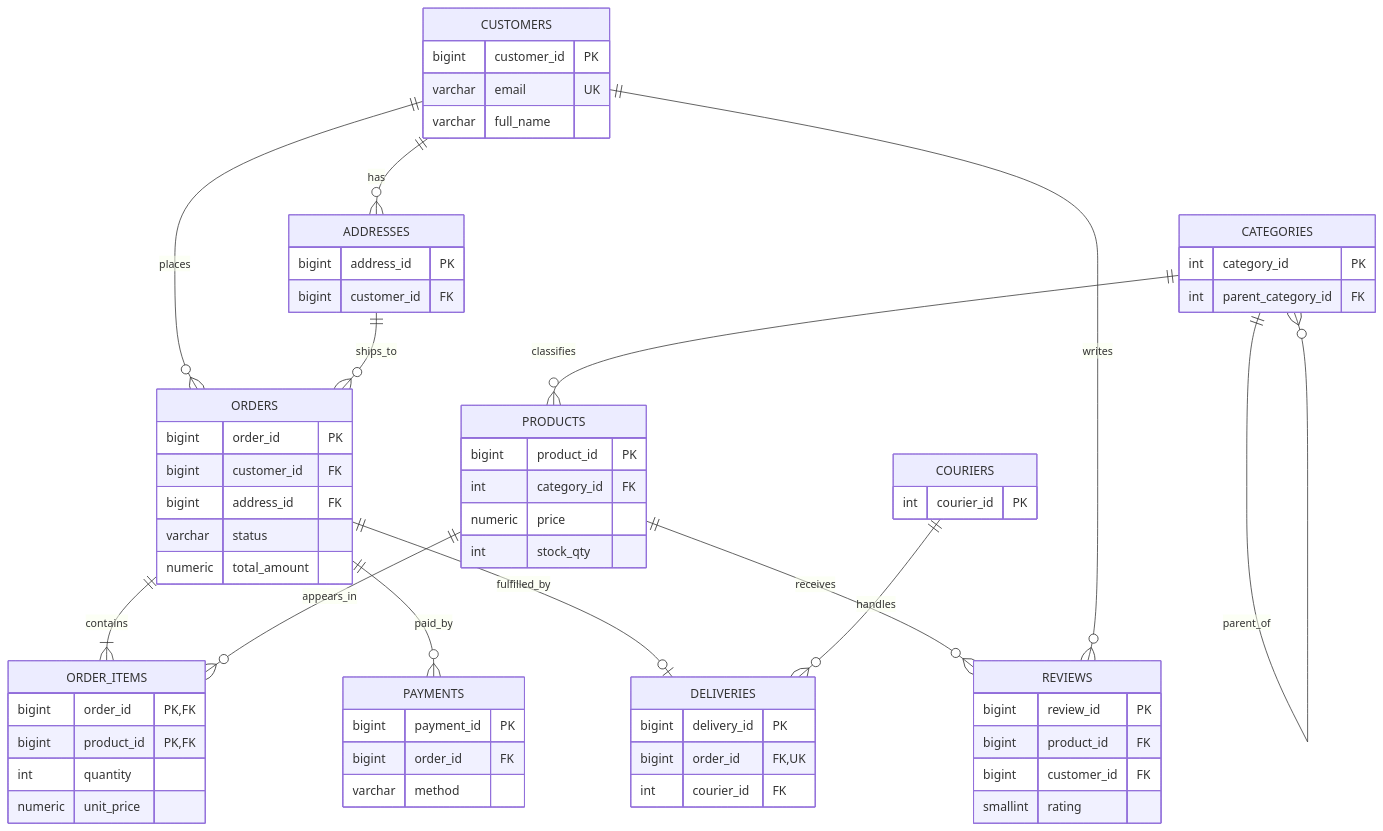
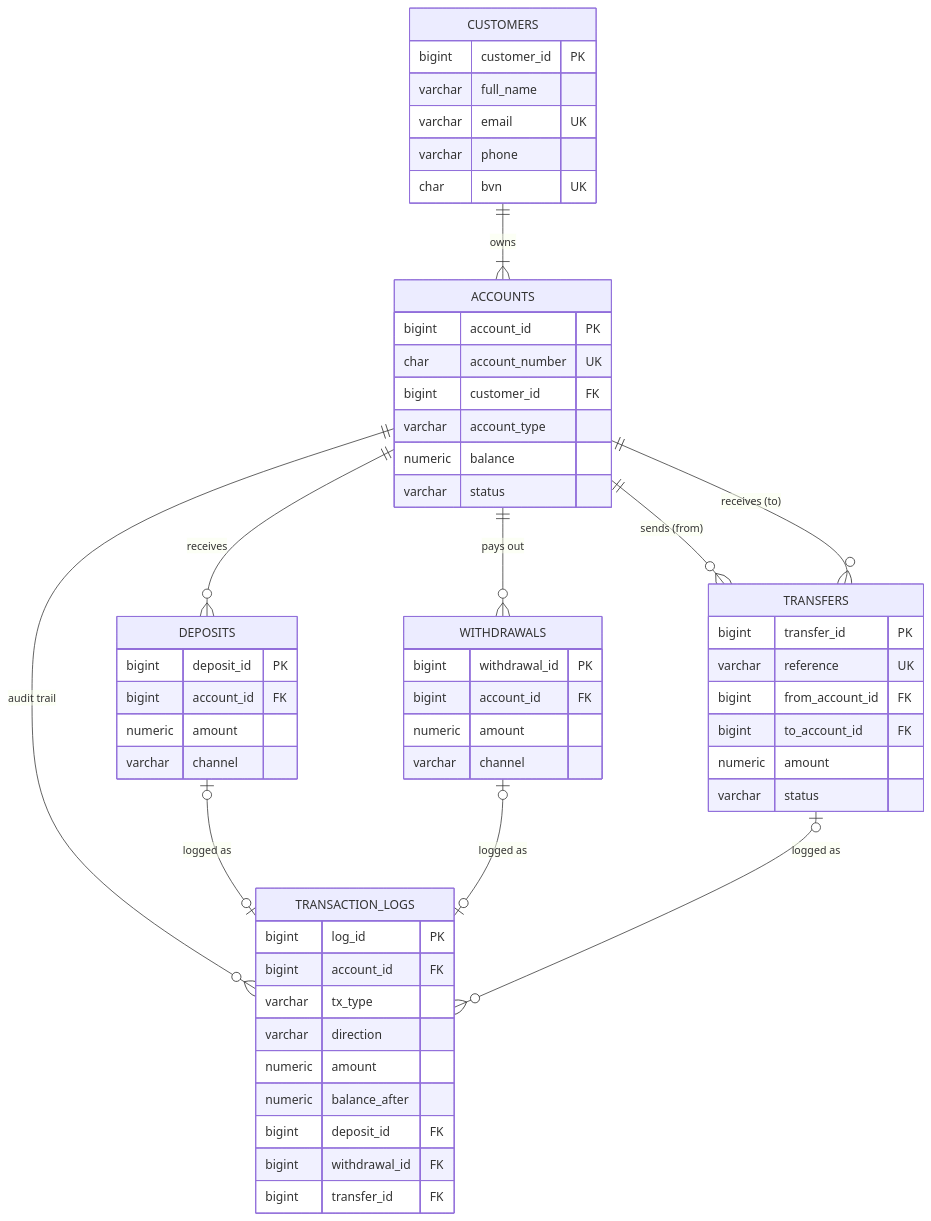
The diagram in portfolio-1-database-design/er-diagram.md (Farouk-p/advanced-database-portfolio), drawn with Mermaid before and after one commit. The commit also changed other lines of this file and 33 other files, not shown here.

Commit message:
Switch case study to Farpoint bank: Portfolio 1 schema, ER diagram, normalisation, seed data

````diff
--- a/portfolio-1-database-design/er-diagram.md
+++ b/portfolio-1-database-design/er-diagram.md
@@ -1,47 +5,59 @@
 ```mermaid
 erDiagram
-    CUSTOMERS ||--o{ ADDRESSES : has
-    CUSTOMERS ||--o{ ORDERS : places
-    ADDRESSES ||--o{ ORDERS : ships_to
-    CATEGORIES ||--o{ CATEGORIES : parent_of
-    CATEGORIES ||--o{ PRODUCTS : classifies
-    ORDERS ||--|{ ORDER_ITEMS : contains
-    PRODUCTS ||--o{ ORDER_ITEMS : appears_in
-    ORDERS ||--o{ PAYMENTS : paid_by
-    ORDERS ||--o| DELIVERIES : fulfilled_by
-    COURIERS ||--o{ DELIVERIES : handles
-    PRODUCTS ||--o{ REVIEWS : receives
-    CUSTOMERS ||--o{ REVIEWS : writes
+    CUSTOMERS ||--|{ ACCOUNTS : "owns"
+    ACCOUNTS  ||--o{ DEPOSITS : "receives"
+    ACCOUNTS  ||--o{ WITHDRAWALS : "pays out"
+    ACCOUNTS  ||--o{ TRANSFERS : "sends (from)"
+    ACCOUNTS  ||--o{ TRANSFERS : "receives (to)"
+    ACCOUNTS  ||--o{ TRANSACTION_LOGS : "audit trail"
+    DEPOSITS    |o--o| TRANSACTION_LOGS : "logged as"
+    WITHDRAWALS |o--o| TRANSACTION_LOGS : "logged as"
+    TRANSFERS   |o--o{ TRANSACTION_LOGS : "logged as"
 
-    CUSTOMERS { bigint customer_id PK
-                varchar email UK
-                varchar full_name }
-    ADDRESSES { bigint address_id PK
-                bigint customer_id FK }
-    CATEGORIES { int category_id PK
-                 int parent_category_id FK }
-    PRODUCTS { bigint product_id PK
-               int category_id FK
-               numeric price
-               int stock_qty }
-    ORDERS { bigint order_id PK
-             bigint customer_id FK
-             bigint address_id FK
-             varchar status
-             numeric total_amount }
-    ORDER_ITEMS { bigint order_id PK,FK
-                  bigint product_id PK,FK
-                  int quantity
-                  numeric unit_price }
-    PAYMENTS { bigint payment_id PK
-               bigint order_id FK
-               varchar method }
-    COURIERS { int courier_id PK }
-    DELIVERIES { bigint delivery_id PK
-                 bigint order_id FK,UK
-                 int courier_id FK }
-    REVIEWS { bigint review_id PK
-              bigint product_id FK
-              bigint customer_id FK
-              smallint rating }
+    CUSTOMERS {
+        bigint customer_id PK
+        varchar full_name
+        varchar email UK
+        varchar phone
+        char bvn UK
+    }
+    ACCOUNTS {
+        bigint account_id PK
+        char account_number UK
+        bigint customer_id FK
+        varchar account_type
+        numeric balance
+        varchar status
+    }
+    DEPOSITS {
+        bigint deposit_id PK
+        bigint account_id FK
+        numeric amount
+        varchar channel
+    }
+    WITHDRAWALS {
+        bigint withdrawal_id PK
+        bigint account_id FK
+        numeric amount
+        varchar channel
+    }
+    TRANSFERS {
+        bigint transfer_id PK
+        varchar reference UK
+        bigint from_account_id FK
+        bigint to_account_id FK
+        numeric amount
+        varchar status
+    }
+    TRANSACTION_LOGS {
+        bigint log_id PK
+        bigint account_id FK
+        varchar tx_type
+        varchar direction
+        numeric amount
+        numeric balance_after
+        bigint deposit_id FK
+        bigint withdrawal_id FK
+        bigint transfer_id FK
+    }
 ```
````
